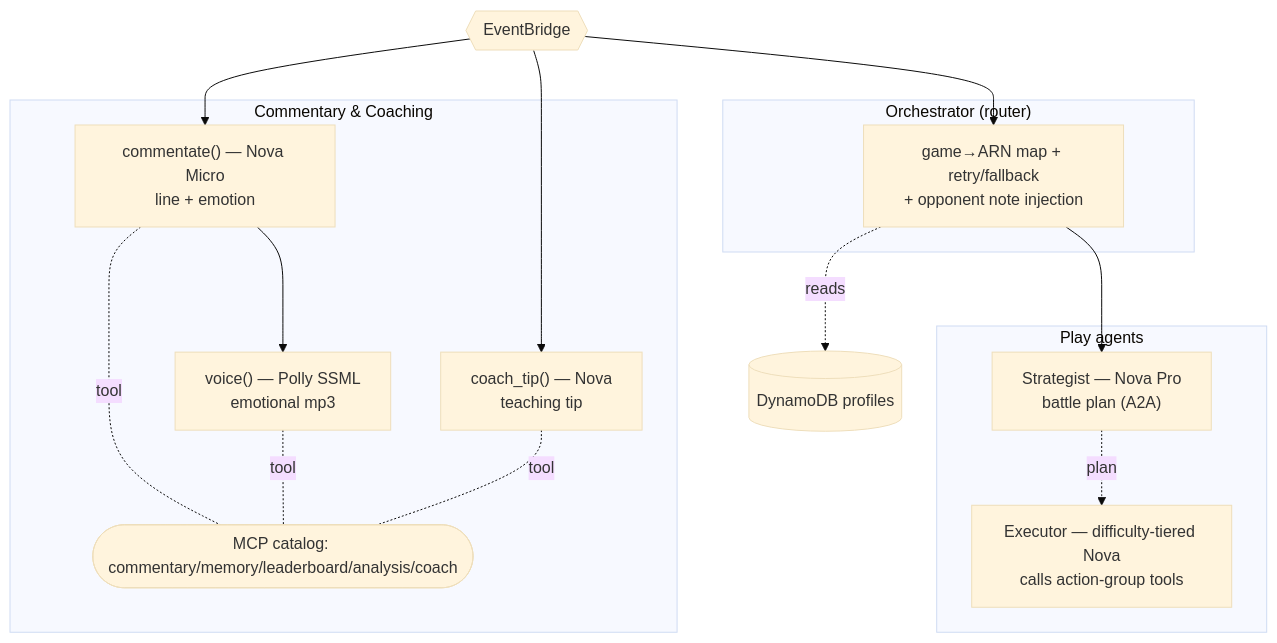
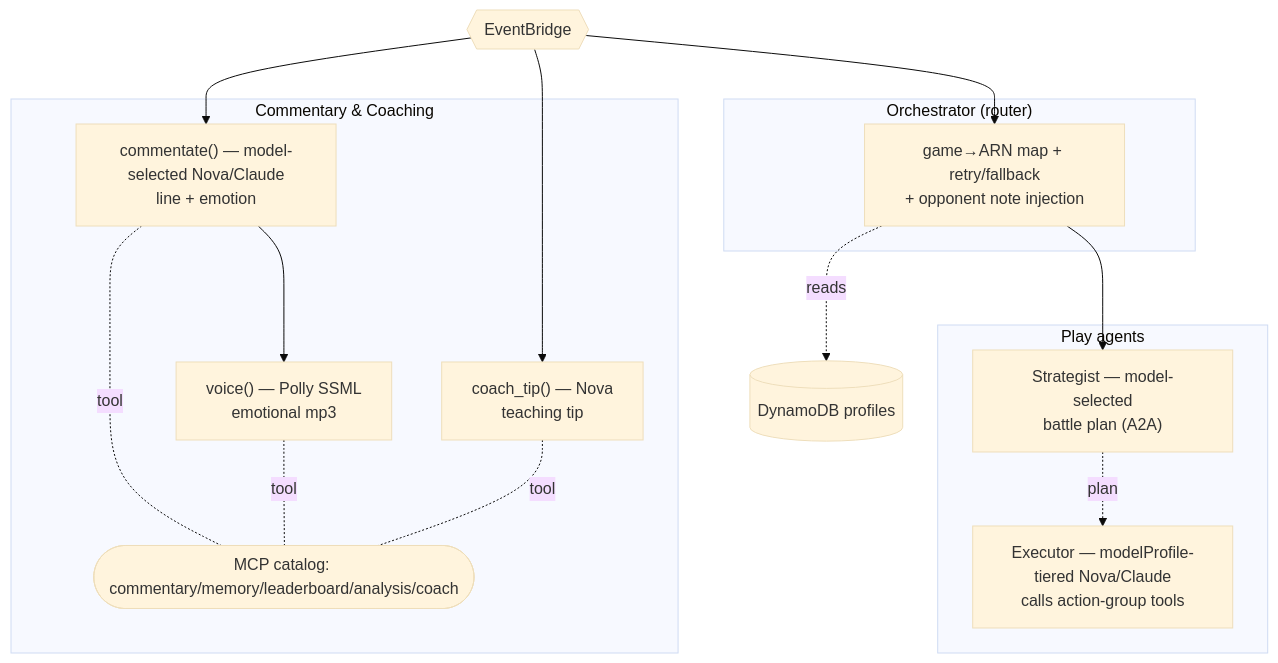
One commit to techwithashish1/aws-ai-agentcore-game-platform changed the third of 3 diagrams in docs/DOCUMENTATION.md. Above: the diagram before and after it, drawn with Mermaid (base theme). The commit also changed other lines of this file and 10 other files, not shown here.

Commit message:
Added Claude Model

````diff
--- a/docs/DOCUMENTATION.md
+++ b/docs/DOCUMENTATION.md
@@ -297,25 +317,25 @@
 ```mermaid
 flowchart TB
   EB{{"EventBridge"}}
   subgraph ORCH["Orchestrator (router)"]
     R["game→ARN map + retry/fallback\n+ opponent note injection"]
   end
   subgraph PLAY["Play agents"]
-    S["Strategist — Nova Pro\nbattle plan (A2A)"]
-    X["Executor — difficulty-tiered Nova\ncalls action-group tools"]
+    S["Strategist — model-selected\nbattle plan (A2A)"]
+    X["Executor — modelProfile-tiered Nova/Claude\ncalls action-group tools"]
   end
   subgraph COMM["Commentary & Coaching"]
-    C1["commentate() — Nova Micro\nline + emotion"]
+    C1["commentate() — model-selected Nova/Claude\nline + emotion"]
     C2["voice() — Polly SSML\nemotional mp3"]
     CO["coach_tip() — Nova\nteaching tip"]
     MCP([MCP catalog: commentary/memory/leaderboard/analysis/coach])
   end
   DDB[("DynamoDB profiles")]
   EB --> R --> S -.plan.-> X
   R -. reads .-> DDB
   EB --> C1 --> C2
   EB --> CO
   C1 -. tool .- MCP
   C2 -. tool .- MCP
   CO -. tool .- MCP
 ```
````
